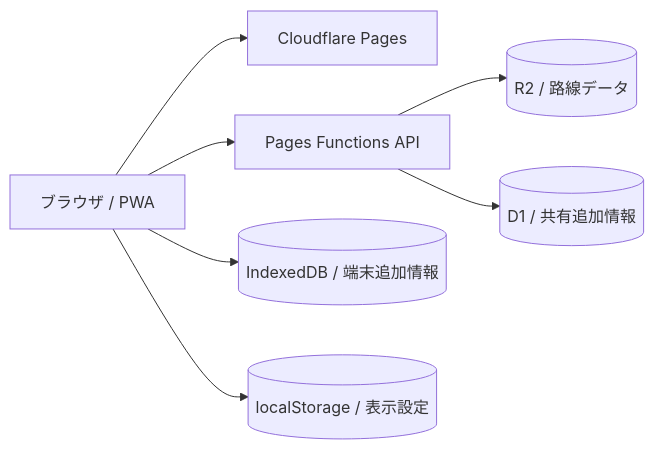
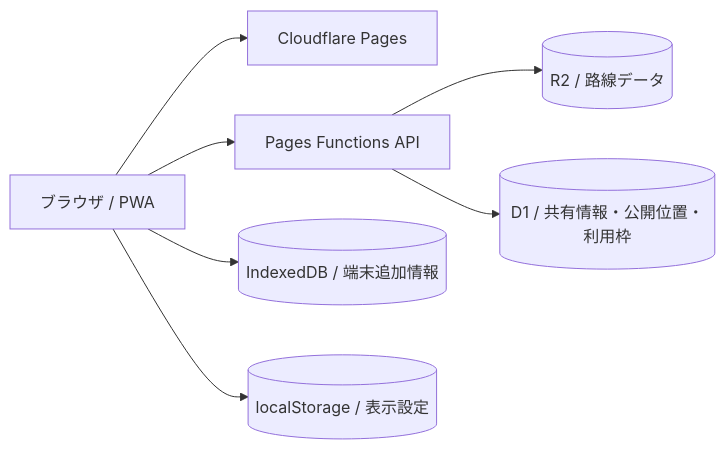
Before and after one commit to shoxtechlab/highway-kp-viewer-public: the diagram in README.md, drawn with Mermaid. The commit also changed other lines of this file and 60 other files, not shown here.

````diff
--- a/README.md
+++ b/README.md
@@ -113,9 +131,9 @@
 ```mermaid
 flowchart LR
     B[ブラウザ / PWA] --> P[Cloudflare Pages]
     B --> F[Pages Functions API]
     F --> R[(R2 / 路線データ)]
-    F --> D[(D1 / 共有追加情報)]
+    F --> D[(D1 / 共有情報・公開位置・利用枠)]
     B --> I[(IndexedDB / 端末追加情報)]
     B --> L[(localStorage / 表示設定)]
 ```
````
